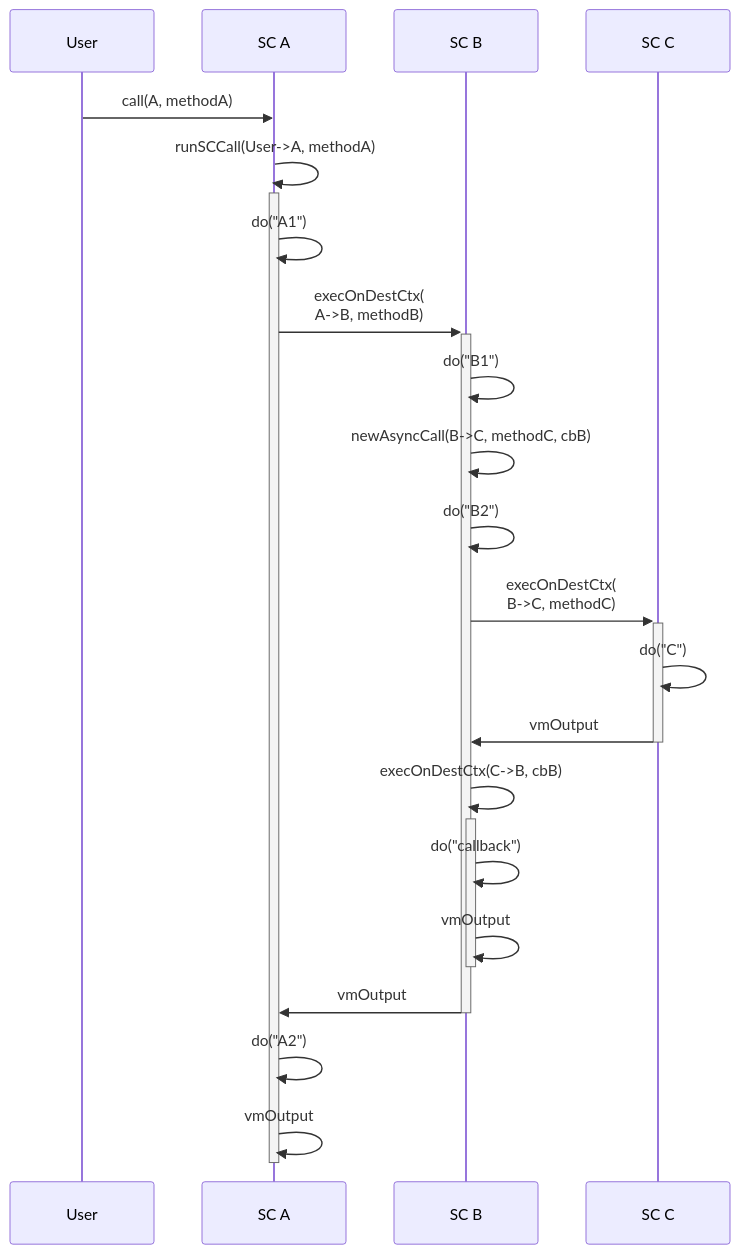
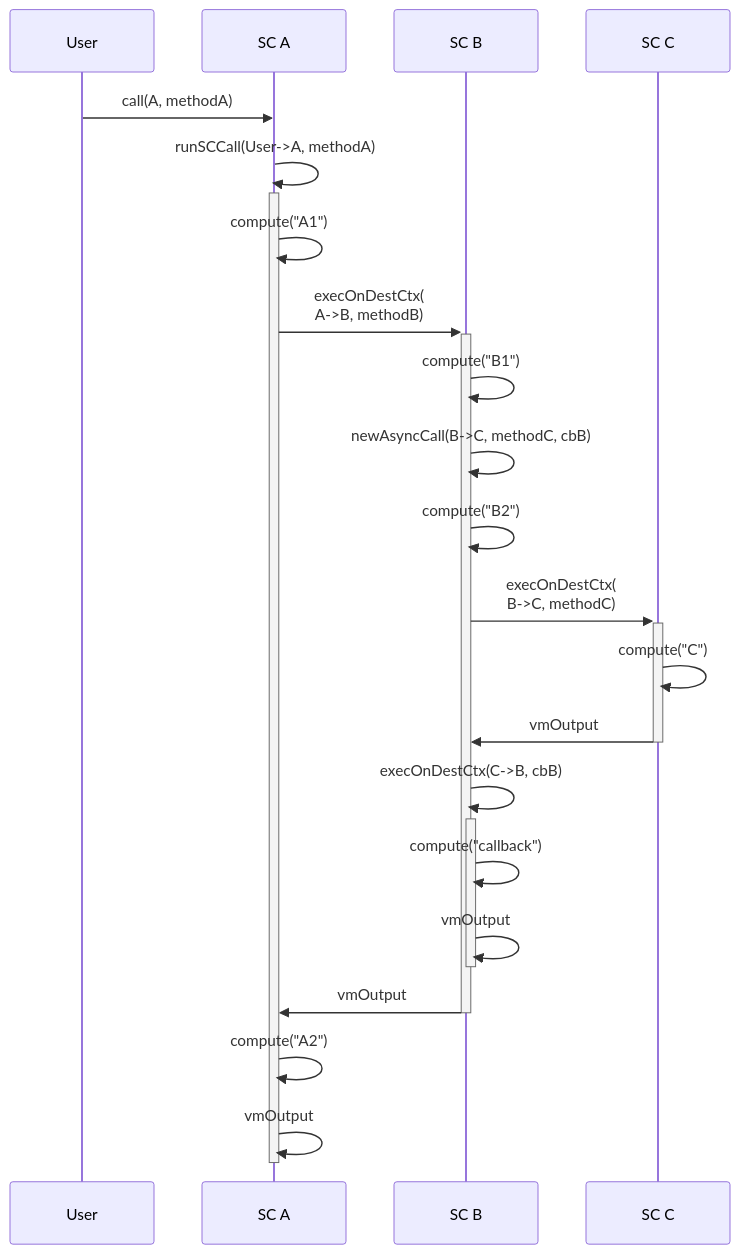
One commit to runtimeverification/multiversx-protocol-audit changed the second of 2 diagrams in async_call/docs/example_cases.md. Above: the diagram before and after it, drawn with Mermaid. The commit also changed other lines of this file, not shown here.

Commit message:
do => compute

````diff
--- a/async_call/docs/example_cases.md
+++ b/async_call/docs/example_cases.md
@@ -133,29 +133,29 @@
 ```mermaid
 sequenceDiagram
 
   User ->> SC A: call(A, methodA)
   SC A ->>+ SC A: runSCCall(User->A, methodA)
 
-  SC A ->> SC A: do("A1")
+  SC A ->> SC A: compute("A1")
   SC A ->>+ SC B: execOnDestCtx(<br/>A->B, methodB)
-  SC B ->> SC B: do("B1")
+  SC B ->> SC B: compute("B1")
   
   
   SC B ->> SC B: newAsyncCall(B->C, methodC, cbB)
-  SC B ->> SC B: do("B2")
+  SC B ->> SC B: compute("B2")
   
   SC B ->>+ SC C: execOnDestCtx(<br/>B->C, methodC)
-  SC C ->> SC C : do("C")
+  SC C ->> SC C : compute("C")
   SC C ->>- SC B : vmOutput
 
   SC B ->>+ SC B: execOnDestCtx(C->B, cbB)
-  SC B ->> SC B: do("callback")
+  SC B ->> SC B: compute("callback")
   SC B ->>- SC B: vmOutput
 
   SC B ->>- SC A: vmOutput
 
 
-  SC A ->> SC A: do("A2")
+  SC A ->> SC A: compute("A2")
 
   SC A ->>- SC A: vmOutput
 ```
````
